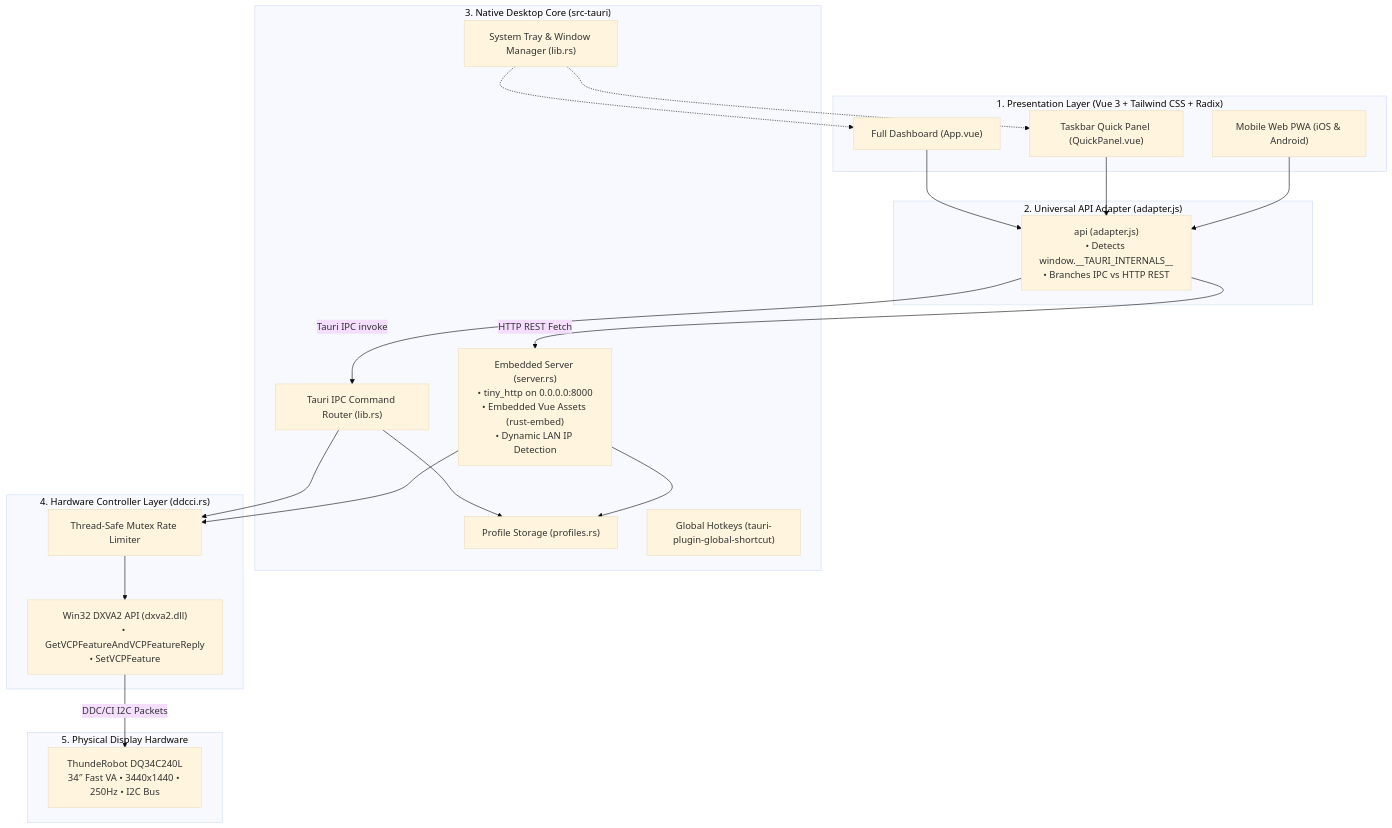
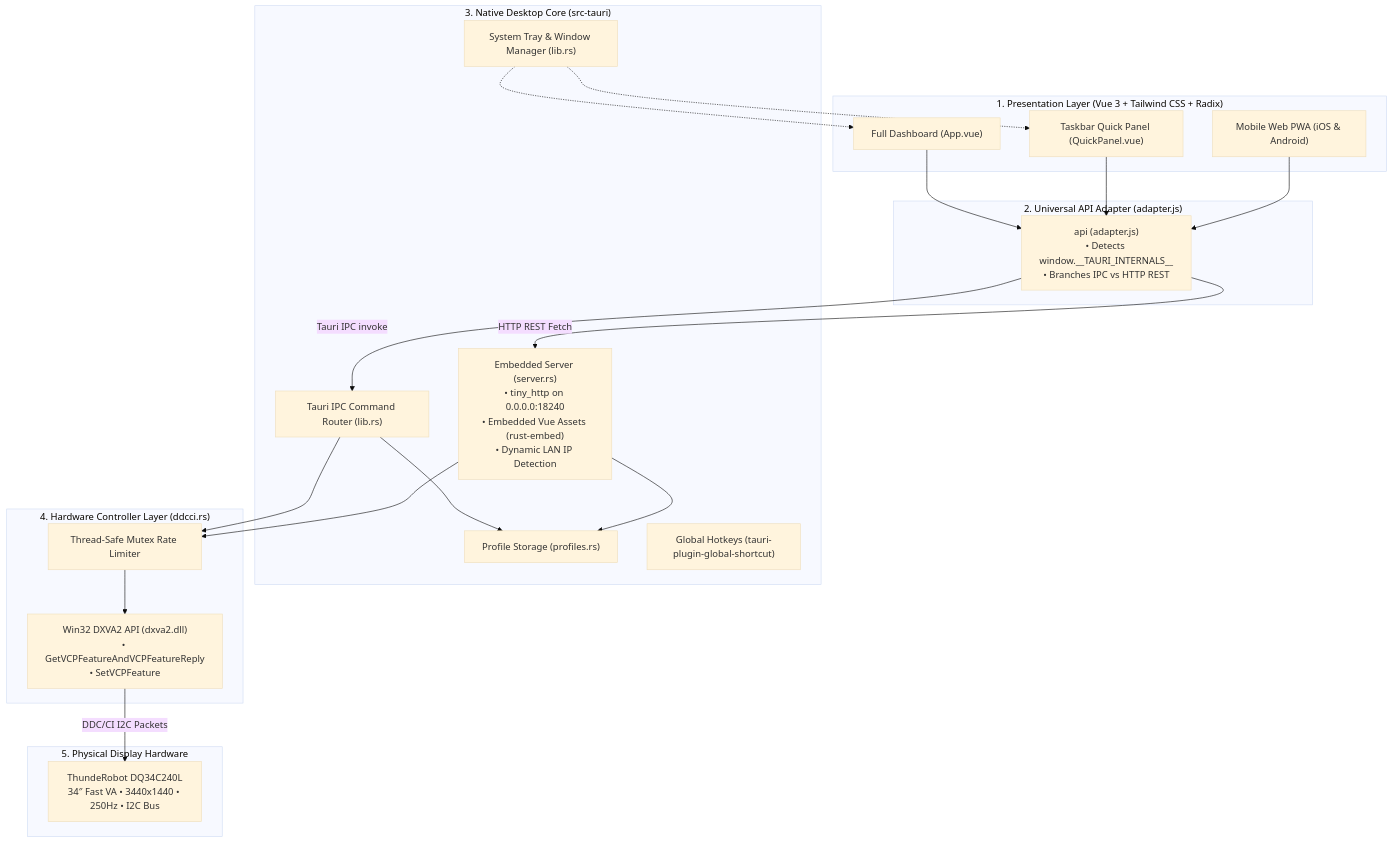
The diagram in GEMINI.md (samiulislamsharan/thunderobot-monitor-control), drawn with Mermaid (base theme) before and after one commit. The commit also changed other lines of this file and 15 other files, not shown here.

````diff
--- a/GEMINI.md
+++ b/GEMINI.md
@@ -19,47 +19,47 @@
 ```mermaid
 flowchart TB
     subgraph PresentationLayer ["1. Presentation Layer (Vue 3 + Tailwind CSS + Radix)"]
         Dashboard["Full Dashboard (App.vue)"]
         QuickPanel["Taskbar Quick Panel (QuickPanel.vue)"]
         PhoneWeb["Mobile Web PWA (iOS & Android)"]
     end
 
     subgraph AdapterLayer ["2. Universal API Adapter (adapter.js)"]
         Adapter["api (adapter.js)\n• Detects window.__TAURI_INTERNALS__\n• Branches IPC vs HTTP REST"]
     end
 
     subgraph NativeDesktop ["3. Native Desktop Core (src-tauri)"]
         IPC["Tauri IPC Command Router (lib.rs)"]
         Tray["System Tray & Window Manager (lib.rs)"]
         Profiles["Profile Storage (profiles.rs)"]
         Hotkeys["Global Hotkeys (tauri-plugin-global-shortcut)"]
-        EmbeddedServer["Embedded Server (server.rs)\n• tiny_http on 0.0.0.0:8000\n• Embedded Vue Assets (rust-embed)\n• Dynamic LAN IP Detection"]
+        EmbeddedServer["Embedded Server (server.rs)\n• tiny_http on 0.0.0.0:18240\n• Embedded Vue Assets (rust-embed)\n• Dynamic LAN IP Detection"]
     end
 
     subgraph HardwareAbstraction ["4. Hardware Controller Layer (ddcci.rs)"]
         RateLimiter["Thread-Safe Mutex Rate Limiter"]
         WinDXVA2["Win32 DXVA2 API (dxva2.dll)\n• GetVCPFeatureAndVCPFeatureReply\n• SetVCPFeature"]
     end
 
     subgraph PhysicalMonitor ["5. Physical Display Hardware"]
         Display["ThundeRobot DQ34C240L\n34″ Fast VA • 3440x1440 • 250Hz • I2C Bus"]
     end
 
     Dashboard --> Adapter
     QuickPanel --> Adapter
     PhoneWeb --> Adapter
 
     Adapter -->|Tauri IPC invoke| IPC
     Adapter -->|HTTP REST Fetch| EmbeddedServer
 
     IPC --> RateLimiter
     EmbeddedServer --> RateLimiter
     IPC --> Profiles
     EmbeddedServer --> Profiles
 
     Tray -.-> QuickPanel
     Tray -.-> Dashboard
 
     RateLimiter --> WinDXVA2
     WinDXVA2 -->|DDC/CI I2C Packets| Display
 ```
````
